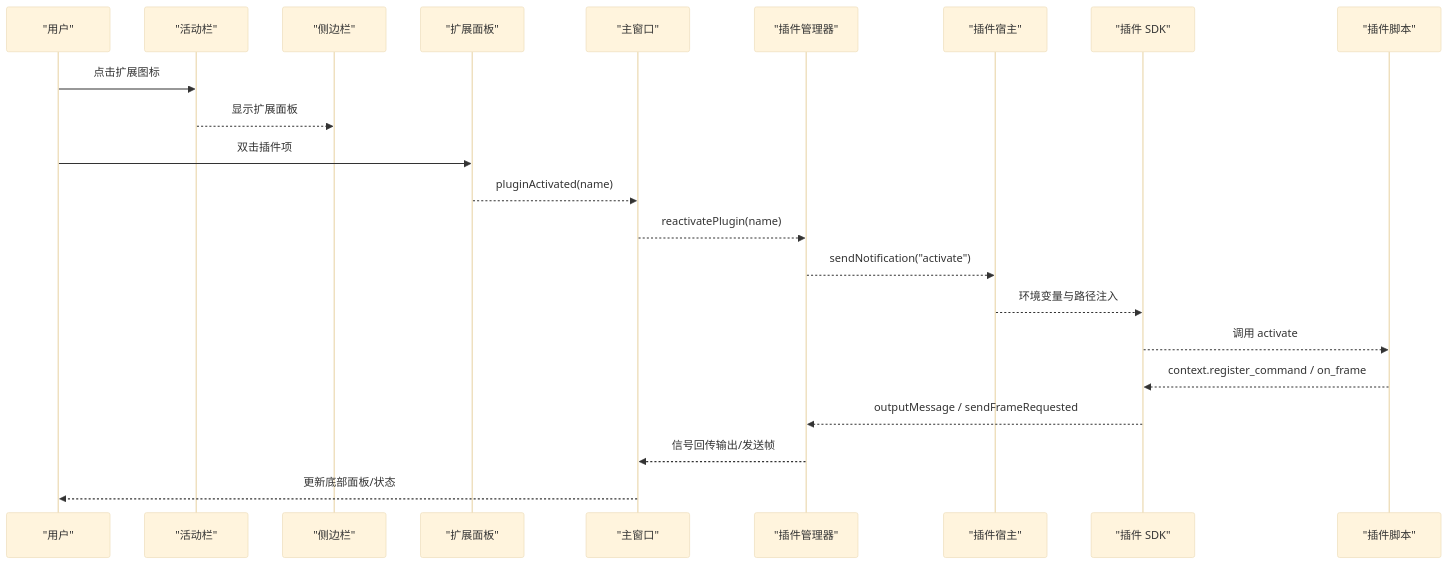
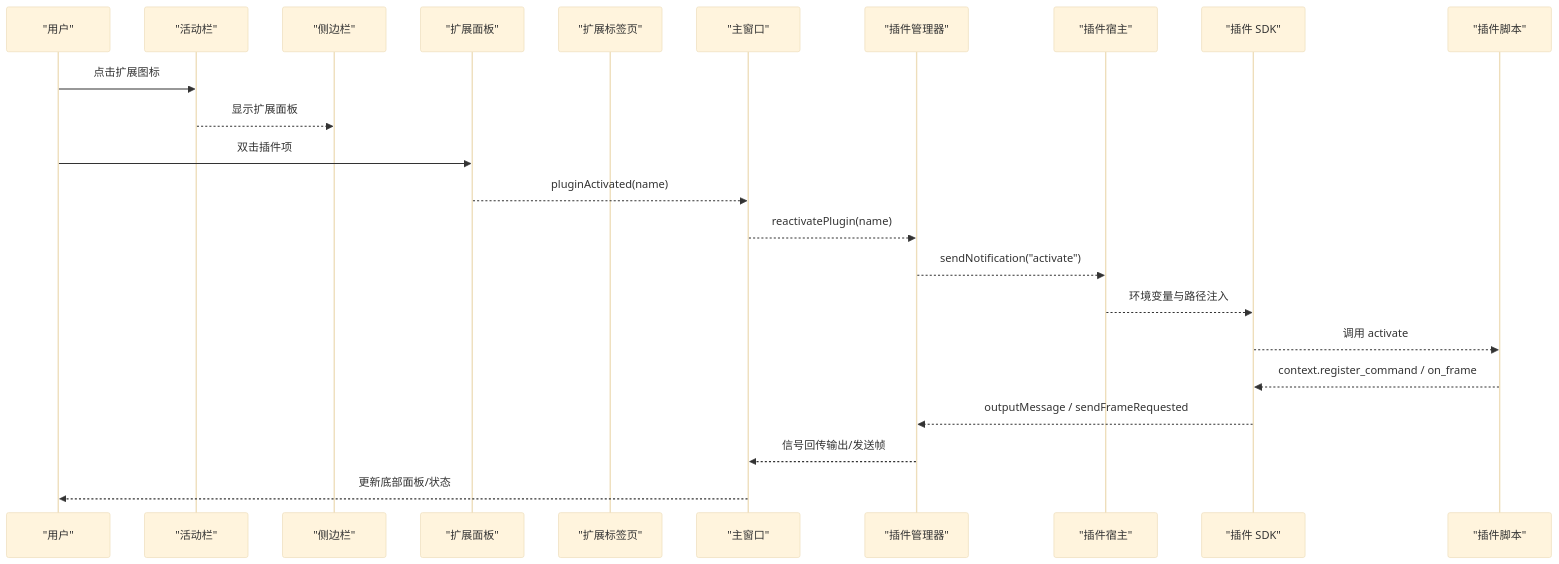
Before and after one commit to jakecai1225-design/OpenBus: the second of 10 diagrams in .qoder/repowiki/zh/content/架构设计/插件系统架构/扩展面板系统.md, drawn with Mermaid (base theme). The commit also changed other lines of this file and 78 other files, not shown here.

````diff
--- a/.qoder/repowiki/zh/content/架构设计/插件系统架构/扩展面板系统.md
+++ b/.qoder/repowiki/zh/content/架构设计/插件系统架构/扩展面板系统.md
@@ -116,24 +126,25 @@
 ```mermaid
 sequenceDiagram
 participant U as "用户"
 participant AB as "活动栏"
 participant SB as "侧边栏"
 participant EP as "扩展面板"
+participant ET as "扩展标签页"
 participant MW as "主窗口"
 participant PM as "插件管理器"
 participant PH as "插件宿主"
 participant SDK as "插件 SDK"
 participant PL as "插件脚本"
 U->>AB : 点击扩展图标
 AB-->>SB : 显示扩展面板
 U->>EP : 双击插件项
 EP-->>MW : pluginActivated(name)
 MW-->>PM : reactivatePlugin(name)
 PM-->>PH : sendNotification("activate")
 PH-->>SDK : 环境变量与路径注入
 SDK-->>PL : 调用 activate
 PL-->>SDK : context.register_command / on_frame
 SDK-->>PM : outputMessage / sendFrameRequested
 PM-->>MW : 信号回传输出/发送帧
 MW-->>U : 更新底部面板/状态
 ```
````
